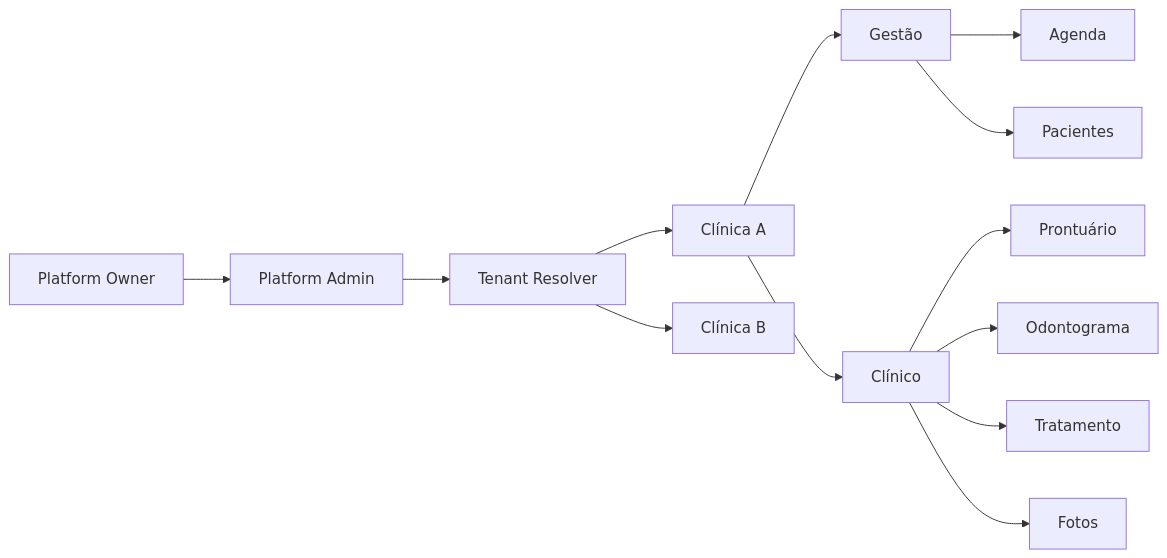
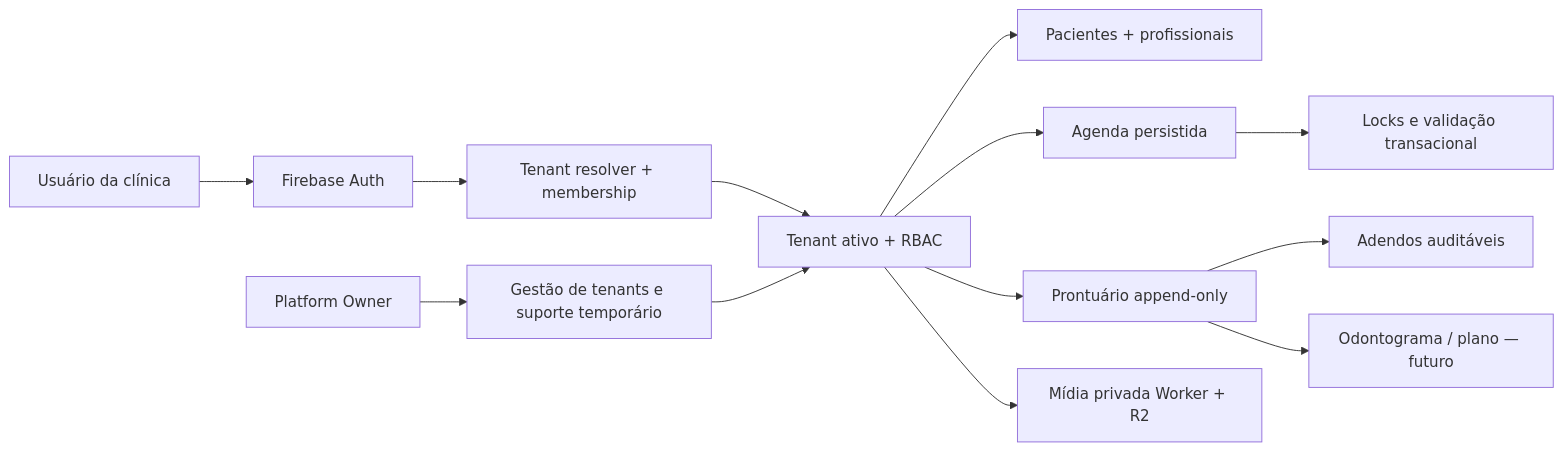
The diagram in docs/versions/v01-multitenant-whitelabel/diagrams/source/01-saas-overview.mmd (CristianoRFB/Dentista), drawn with Mermaid before and after one commit. The commit also changed 132 other files, not shown here.

```diff
--- a/docs/versions/v01-multitenant-whitelabel/diagrams/source/01-saas-overview.mmd
+++ b/docs/versions/v01-multitenant-whitelabel/diagrams/source/01-saas-overview.mmd
@@ -1,14 +1,14 @@
 %% Visão geral do SaaS
 flowchart LR
-  N1["Platform Owner"] --> N2["Platform Admin"]
-  N2["Platform Admin"] --> N3["Tenant Resolver"]
-  N3["Tenant Resolver"] --> N4["Clínica A"]
-  N3["Tenant Resolver"] --> N5["Clínica B"]
-  N4["Clínica A"] --> N6["Gestão"]
-  N4["Clínica A"] --> N7["Clínico"]
-  N6["Gestão"] --> N8["Agenda"]
-  N6["Gestão"] --> N9["Pacientes"]
-  N7["Clínico"] --> N10["Prontuário"]
-  N7["Clínico"] --> N11["Odontograma"]
-  N7["Clínico"] --> N12["Tratamento"]
-  N7["Clínico"] --> N13["Fotos"]
+  V["Usuário da clínica"] --> A["Firebase Auth"]
+  A --> R["Tenant resolver + membership"]
+  R --> T["Tenant ativo + RBAC"]
+  T --> P["Pacientes + profissionais"]
+  T --> G["Agenda persistida"]
+  T --> C["Prontuário append-only"]
+  T --> M["Mídia privada Worker + R2"]
+  G --> W["Locks e validação transacional"]
+  C --> D["Adendos auditáveis"]
+  O["Platform Owner"] --> X["Gestão de tenants e suporte temporário"]
+  X --> T
+  C --> F["Odontograma / plano — futuro"]
```
